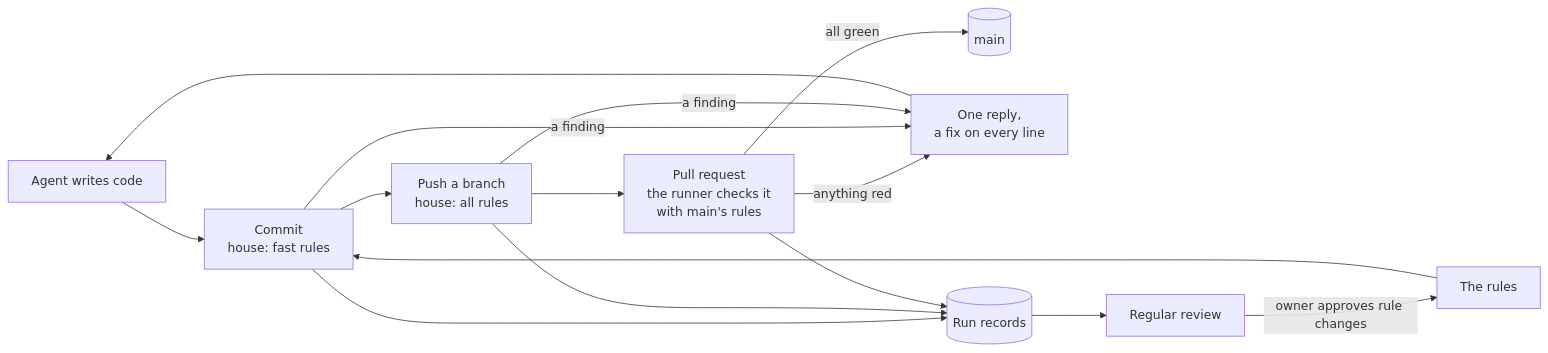
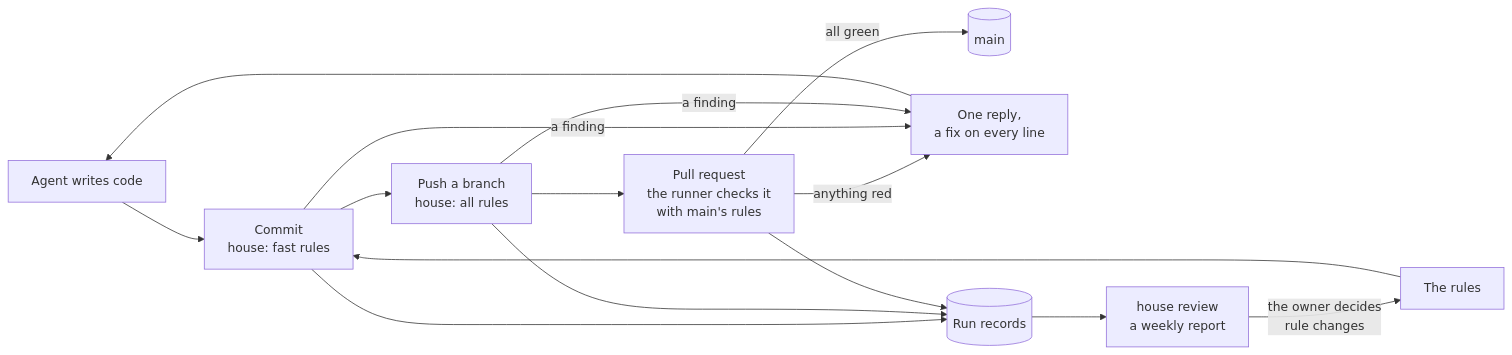
The second of 2 diagrams in docs/why.md (flight-william/housekeeper), drawn with Mermaid before and after one commit. The commit also changed other lines of this file, not shown here.

First line of the commit message:
docs: why.md shows the weekly review in the loop

````diff
--- a/docs/why.md
+++ b/docs/why.md
@@ -70,15 +70,15 @@
 ```mermaid
 flowchart LR
     A["Agent writes code"] --> K["Commit<br/>house: fast rules"]
     K --> P["Push a branch<br/>house: all rules"]
     P --> R["Pull request<br/>the runner checks it<br/>with main's rules"]
     R -->|"all green"| MN[("main")]
     R -->|"anything red"| RP["One reply,<br/>a fix on every line"]
     K -->|"a finding"| RP
     P -->|"a finding"| RP
     RP --> A
     K & P & R --> L[("Run records")]
-    L --> W["Regular review"]
-    W -->|"owner approves rule changes"| RU["The rules"]
+    L --> W["house review<br/>a weekly report"]
+    W -->|"the owner decides<br/>rule changes"| RU["The rules"]
     RU --> K
 ```
````
